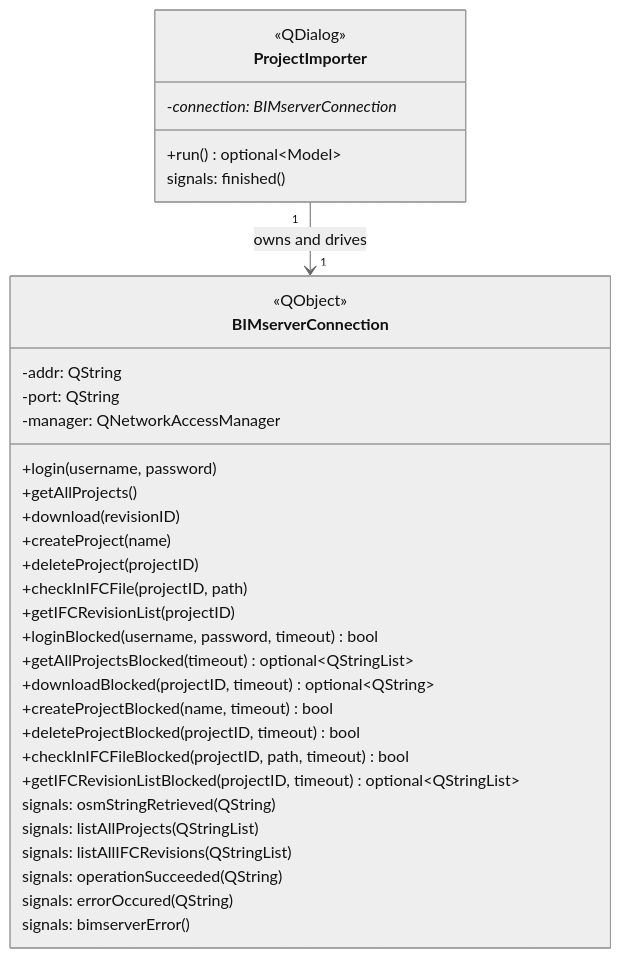
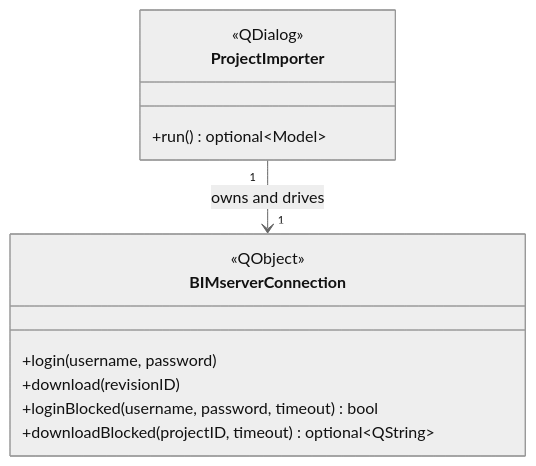
Before and after one commit to openstudiocoalition/OpenStudioApplication: the first of 2 diagrams in developer/doc/libraries/bimserver.md, drawn with Mermaid (neutral theme). The commit also changed 23 other files, not shown here.

````diff
--- a/developer/doc/libraries/bimserver.md
+++ b/developer/doc/libraries/bimserver.md
@@ -23,37 +23,16 @@
 ```mermaid
 classDiagram
   class BIMserverConnection {
     <<QObject>>
-    -addr: QString
-    -port: QString
-    -manager: QNetworkAccessManager
     +login(username, password)
-    +getAllProjects()
     +download(revisionID)
-    +createProject(name)
-    +deleteProject(projectID)
-    +checkInIFCFile(projectID, path)
-    +getIFCRevisionList(projectID)
     +loginBlocked(username, password, timeout) bool
-    +getAllProjectsBlocked(timeout) optional~QStringList~
     +downloadBlocked(projectID, timeout) optional~QString~
-    +createProjectBlocked(name, timeout) bool
-    +deleteProjectBlocked(projectID, timeout) bool
-    +checkInIFCFileBlocked(projectID, path, timeout) bool
-    +getIFCRevisionListBlocked(projectID, timeout) optional~QStringList~
-    signals: osmStringRetrieved(QString)
-    signals: listAllProjects(QStringList)
-    signals: listAllIFCRevisions(QStringList)
-    signals: operationSucceeded(QString)
-    signals: errorOccured(QString)
-    signals: bimserverError()
   }
   class ProjectImporter {
     <<QDialog>>
-    -connection: BIMserverConnection*
     +run() optional~Model~
-    signals: finished()
   }
 
   ProjectImporter "1" --> "1" BIMserverConnection : owns and drives
 ```
````
